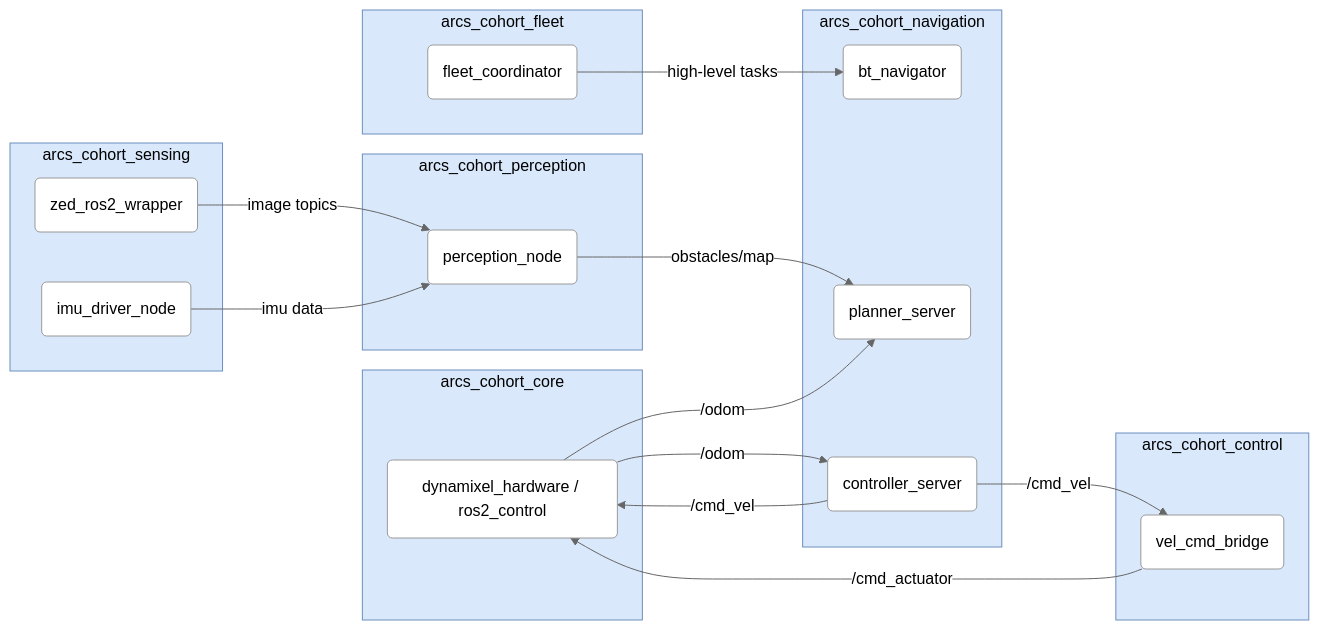
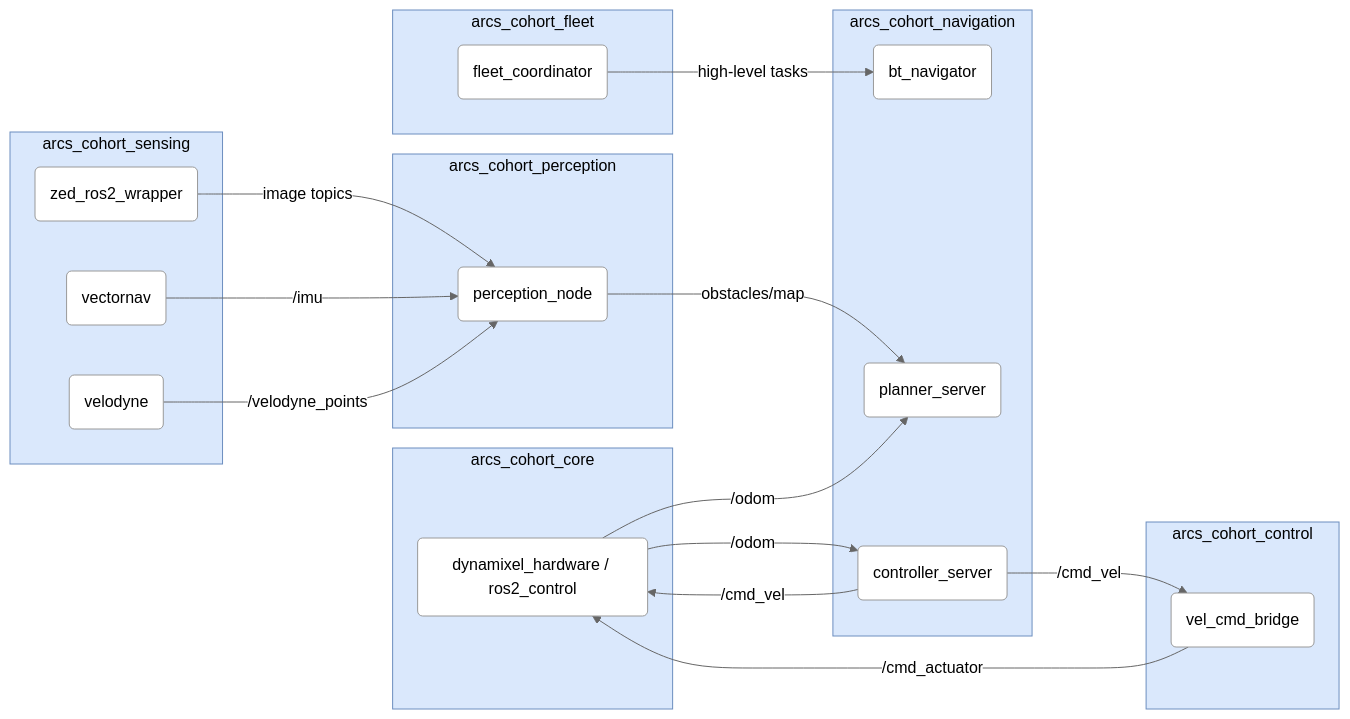
One commit to csun-arcs/arcs_cohort changed the diagram in README.md. Above: the diagram before and after it, drawn with Mermaid (neutral theme).

````diff
--- a/README.md
+++ b/README.md
@@ -6,58 +6,63 @@
 ```mermaid
 flowchart LR
     %% Packages and nodes
     classDef pkg fill:#dae8fc,stroke:#6c8ebf,stroke-width:1px,color:#000
     classDef node fill:#ffffff,stroke:#999,color:#000,stroke-width:1px
     
     subgraph arcs_cohort_core[arcs_cohort_core]
       dynamixel_hardware("dynamixel_hardware / ros2_control"):::node
     end
     class arcs_cohort_core pkg
     
     subgraph arcs_cohort_sensing[arcs_cohort_sensing]
       zed_ros2_wrapper("zed_ros2_wrapper"):::node
-      imu_driver_node("imu_driver_node"):::node
+      vectornav("vectornav"):::node
+      velodyne("velodyne"):::node
     end
     class arcs_cohort_sensing pkg
     
     subgraph arcs_cohort_perception[arcs_cohort_perception]
       perception_node("perception_node"):::node
     end
     class arcs_cohort_perception pkg
     
     subgraph arcs_cohort_navigation[arcs_cohort_navigation]
       planner_server("planner_server"):::node
       controller_server("controller_server"):::node
       bt_navigator("bt_navigator"):::node
     end
     class arcs_cohort_navigation pkg
     
     subgraph arcs_cohort_control[arcs_cohort_control]
       vel_cmd_bridge("vel_cmd_bridge"):::node
     end
     class arcs_cohort_control pkg
     
     subgraph arcs_cohort_fleet[arcs_cohort_fleet]
       fleet_coordinator("fleet_coordinator"):::node
     end
     class arcs_cohort_fleet pkg
     
     %% Diagram
     dynamixel_hardware -->|"/odom"| planner_server
     dynamixel_hardware -->|"/odom"| controller_server
     controller_server -->|"/cmd_vel"| dynamixel_hardware
     
     zed_ros2_wrapper -->|"image topics"| perception_node
     perception_node -->|"obstacles/map"| planner_server
     
     controller_server -->|"/cmd_vel"| vel_cmd_bridge
     vel_cmd_bridge -->|"/cmd_actuator"| dynamixel_hardware
     
     fleet_coordinator -->|"high-level tasks"| bt_navigator
     
-    imu_driver_node -->|"imu data"| perception_node
+    vectornav -->|"/imu"| perception_node
+
+    velodyne -->|"/velodyne_points"| perception_node
 
     %% Links
     click dynamixel_hardware href "https://github.com/dynamixel-community/dynamixel_hardware"
     click zed_ros2_wrapper href "https://github.com/stereolabs/zed-ros2-wrapper"
+    click vectornav href "https://github.com/dawonn/vectornav/tree/ros2"
+    click velodyne href "https://github.com/ros-drivers/velodyne"
 ```
````
